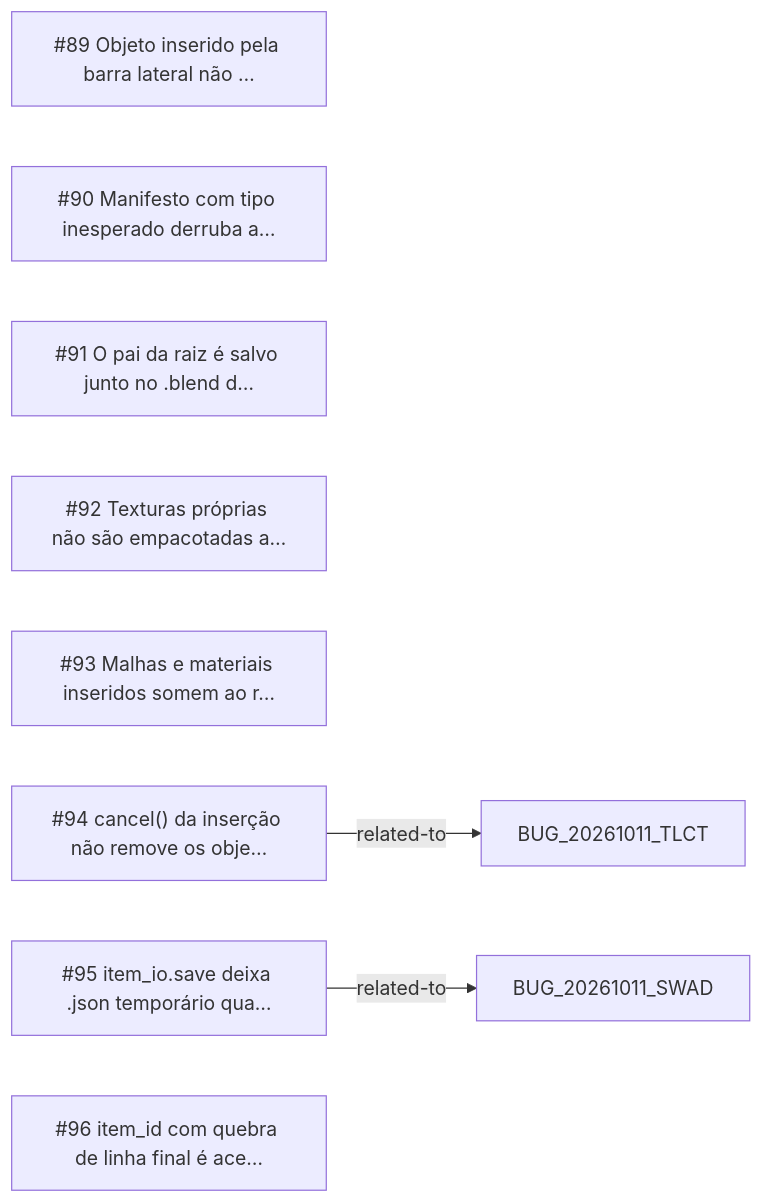
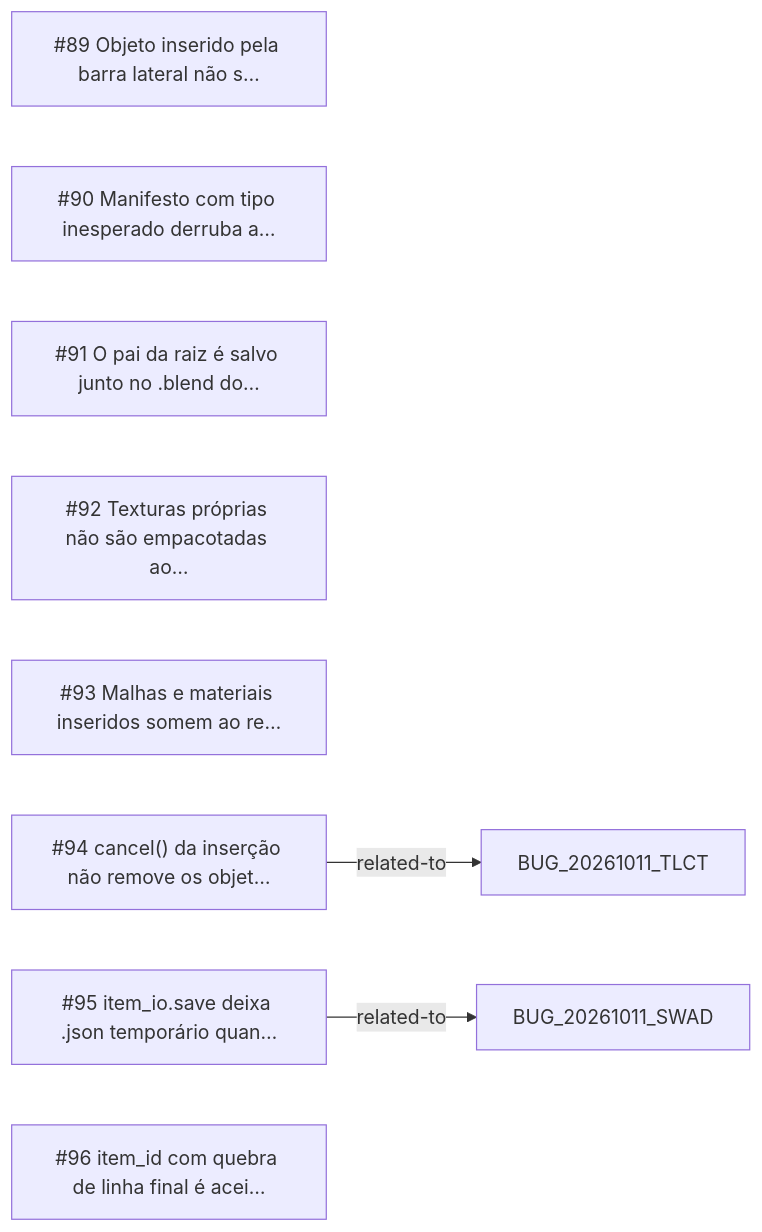
The diagram in _reversa_bugs/object_library/generated/graph.md (CAFFDIGITALPLATFORM/caffmob_draw), drawn with Mermaid before and after one commit. The commit also changed other lines of this file and 220 other files, not shown here.

````diff
--- a/_reversa_bugs/object_library/generated/graph.md
+++ b/_reversa_bugs/object_library/generated/graph.md
@@ -5,13 +5,13 @@
 ```mermaid
 graph LR
-  BUG_20261011_W2DP["#89 Objeto inserido pela barra lateral não …"]
+  BUG_20261011_W2DP["#89 Objeto inserido pela barra lateral não s…"]
   BUG_20261011_KKHH["#90 Manifesto com tipo inesperado derruba a…"]
-  BUG_20261011_QZSO["#91 O pai da raiz é salvo junto no .blend d…"]
-  BUG_20261011_JKZJ["#92 Texturas próprias não são empacotadas a…"]
-  BUG_20261011_QP4R["#93 Malhas e materiais inseridos somem ao r…"]
-  BUG_20261011_JDYP["#94 cancel() da inserção não remove os obje…"]
-  BUG_20261011_5JLF["#95 item_io.save deixa .json temporário qua…"]
-  BUG_20261011_EVT6["#96 item_id com quebra de linha final é ace…"]
+  BUG_20261011_QZSO["#91 O pai da raiz é salvo junto no .blend do…"]
+  BUG_20261011_JKZJ["#92 Texturas próprias não são empacotadas ao…"]
+  BUG_20261011_QP4R["#93 Malhas e materiais inseridos somem ao re…"]
+  BUG_20261011_JDYP["#94 cancel() da inserção não remove os objet…"]
+  BUG_20261011_5JLF["#95 item_io.save deixa .json temporário quan…"]
+  BUG_20261011_EVT6["#96 item_id com quebra de linha final é acei…"]
+  BUG_20261011_JDYP -->|related-to| BUG_20261011_TLCT
   BUG_20261011_5JLF -->|related-to| BUG_20261011_SWAD
-  BUG_20261011_JDYP -->|related-to| BUG_20261011_TLCT
 ```
````
